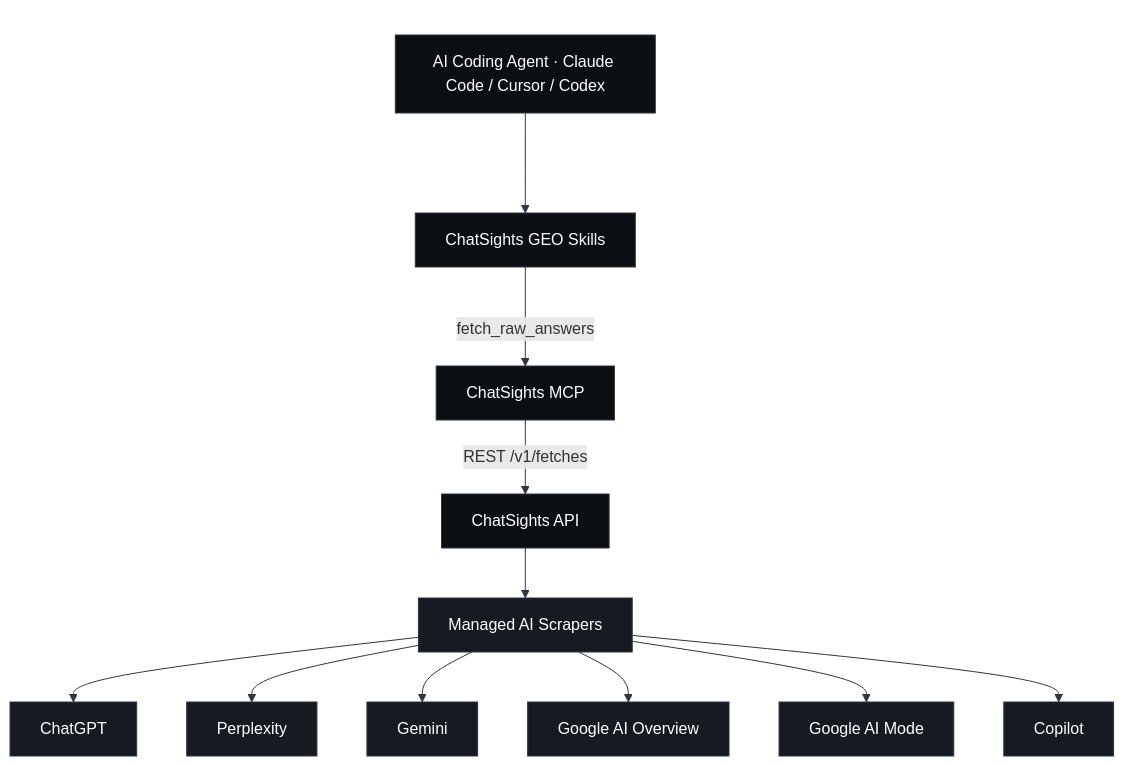
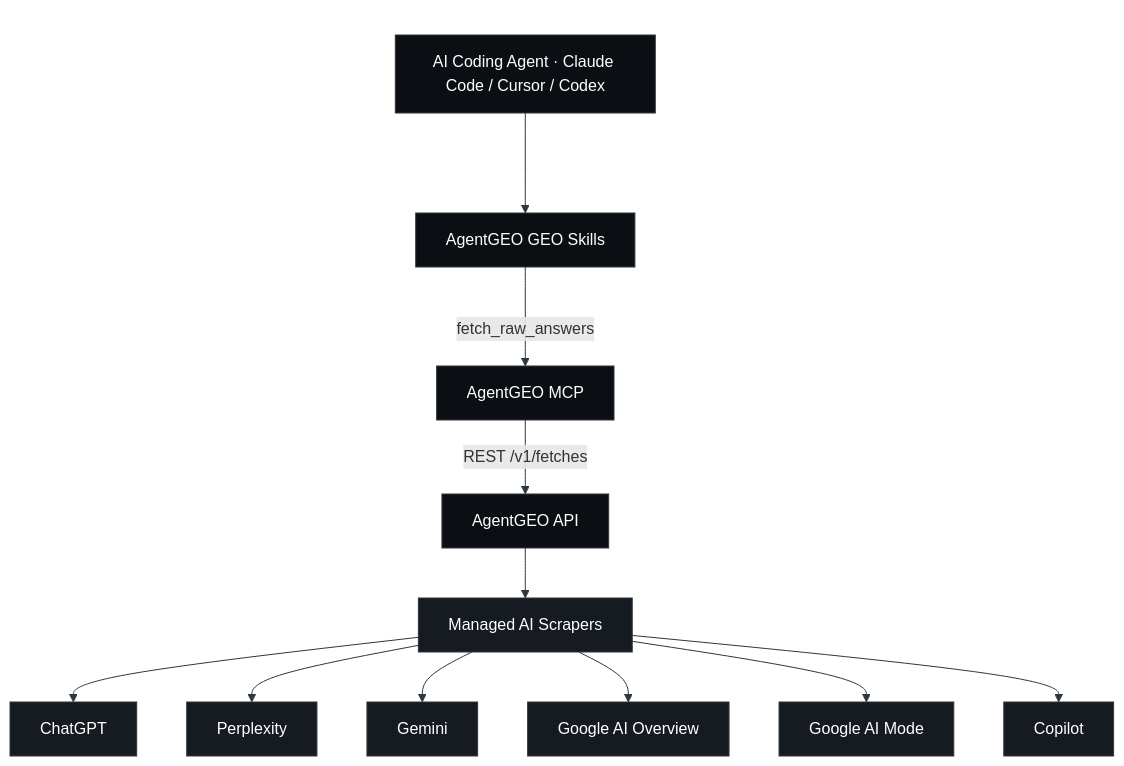
The first of 3 diagrams in README.es.md (gumlau/agentgeo-skills), drawn with Mermaid before and after one commit. The commit also changed other lines of this file and 31 other files, not shown here.

First line of the commit message:
rebrand: ChatSights → AgentGEO (agentgeo.org)

````diff
--- a/README.es.md
+++ b/README.es.md
@@ -58,27 +58,27 @@
 ```mermaid
 graph TB
     subgraph TOP[" "]
         AG[AI Coding Agent · Claude Code / Cursor / Codex]
     end
     subgraph MID[" "]
-        SK[ChatSights GEO Skills]
+        SK[AgentGEO GEO Skills]
     end
     AG --> SK
-    SK -->|fetch_raw_answers| MCP[ChatSights MCP]
-    MCP -->|REST /v1/fetches| API[ChatSights API]
+    SK -->|fetch_raw_answers| MCP[AgentGEO MCP]
+    MCP -->|REST /v1/fetches| API[AgentGEO API]
     API --> SCR[Managed AI Scrapers]
     SCR --> C1[ChatGPT]
     SCR --> C2[Perplexity]
     SCR --> C3[Gemini]
     SCR --> C4[Google AI Overview]
     SCR --> C5[Google AI Mode]
     SCR --> C6[Copilot]
 
     classDef bar fill:#0b0f14,stroke:#30363d,stroke-width:1px,color:#ffffff
     classDef card fill:#161b22,stroke:#30363d,stroke-width:1px,color:#ffffff
     class AG,SK,MCP,API bar
     class SCR,C1,C2,C3,C4,C5,C6 card
     style TOP fill:transparent,stroke:transparent
     style MID fill:transparent,stroke:transparent
     linkStyle default stroke:#30363d,stroke-width:1px
 ```
````
